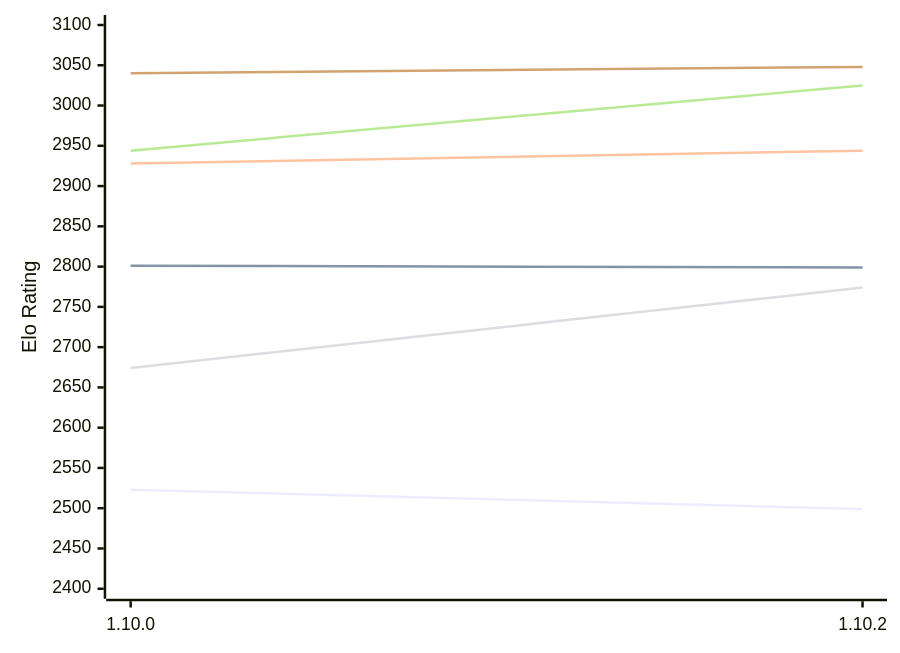
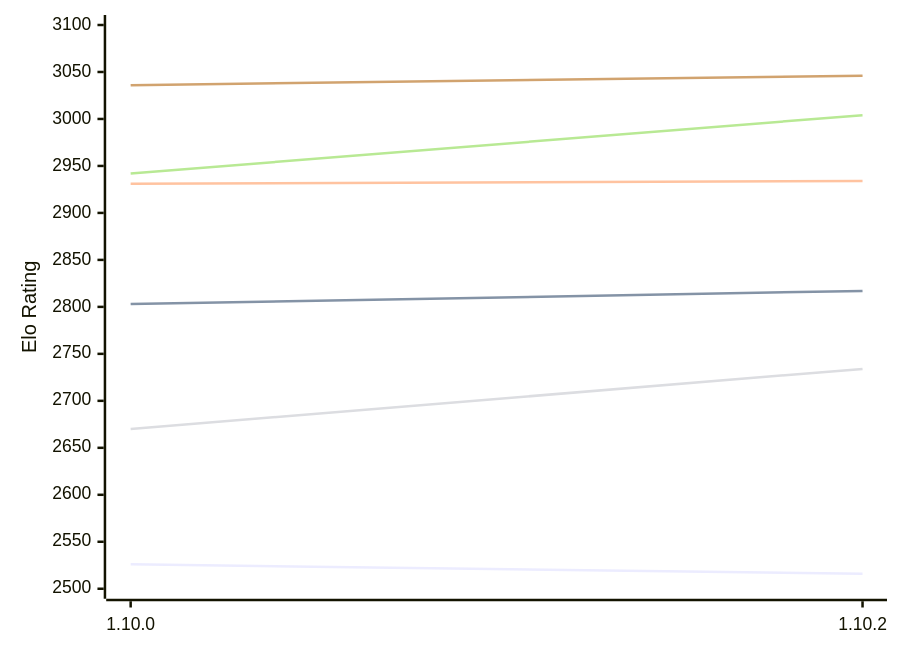
The first of 2 diagrams in engines/Basilisk.md (computer-chess-index/cci), drawn with Mermaid before and after one commit. The commit also changed other lines of this file, not shown here.

Commit message:
Update CCI Ratings (ELO VLTC) - 2026-10-14

````diff
--- a/engines/Basilisk.md
+++ b/engines/Basilisk.md
@@ -61,12 +61,12 @@
 ```mermaid
 %%{init: {"theme":"base","themeVariables":{"seriesColors:['#a3a3a3','#222221','#faa371']}}}%%
 xychart-beta
   x-axis ["1.10.0", "1.10.2"]
-  y-axis "Elo Rating" 2400 --> 3100
-  line "E1: STC (8.0+0.08s)" [2523, 2499]
-  line "E1: LTC (60.0+0.60s)" [2801, 2799]
-  line "E1: VLTC (2m24s+1.12s)" [2928, 2944]
-  line "P1: STC (8.0+0.08s)" [2674, 2774]
-  line "P1: LTC (60.0+0.60s)" [2944, 3025]
-  line "P1: VLTC (2m24s+1.12s)" [3040, 3048]
+  y-axis "Elo Rating" 2500 --> 3100
+  line "E1: STC (8.0+0.08s)" [2526, 2516]
+  line "E1: LTC (60.0+0.60s)" [2803, 2817]
+  line "E1: VLTC (2m24s+1.12s)" [2931, 2934]
+  line "P1: STC (8.0+0.08s)" [2670, 2734]
+  line "P1: LTC (60.0+0.60s)" [2942, 3004]
+  line "P1: VLTC (2m24s+1.12s)" [3036, 3046]
 ```
````
